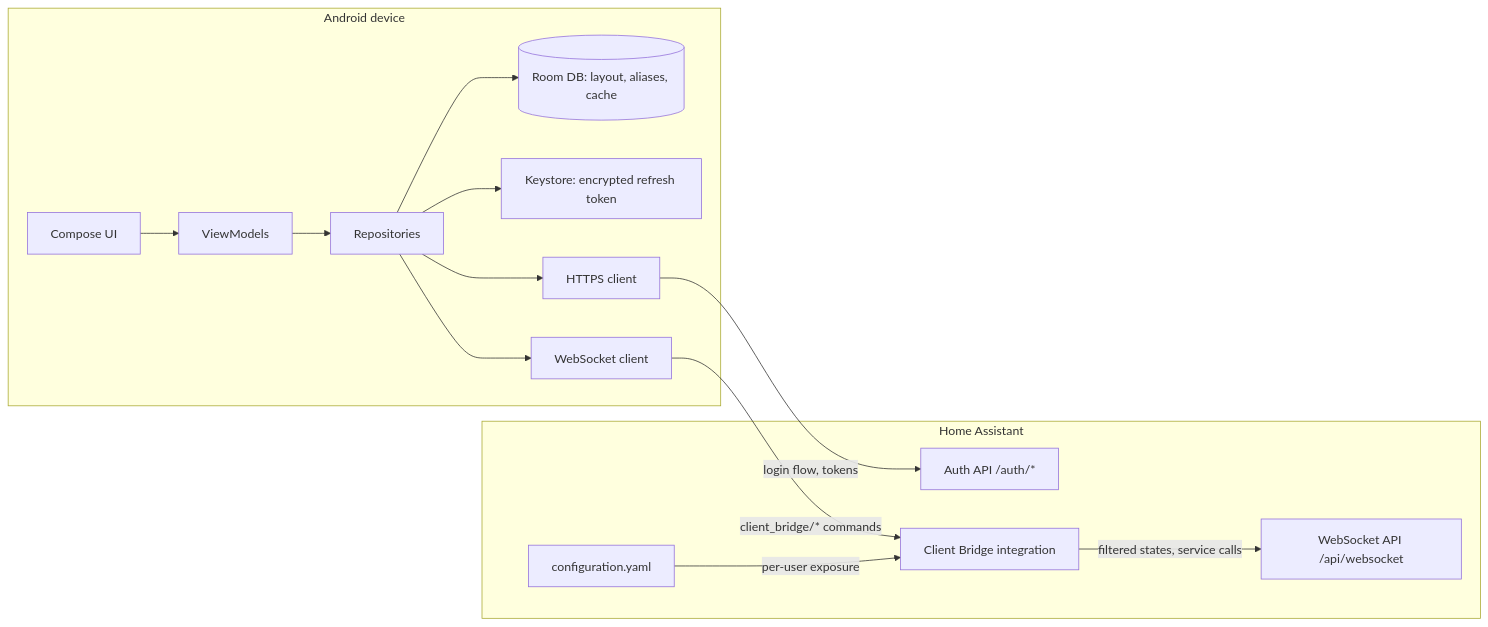
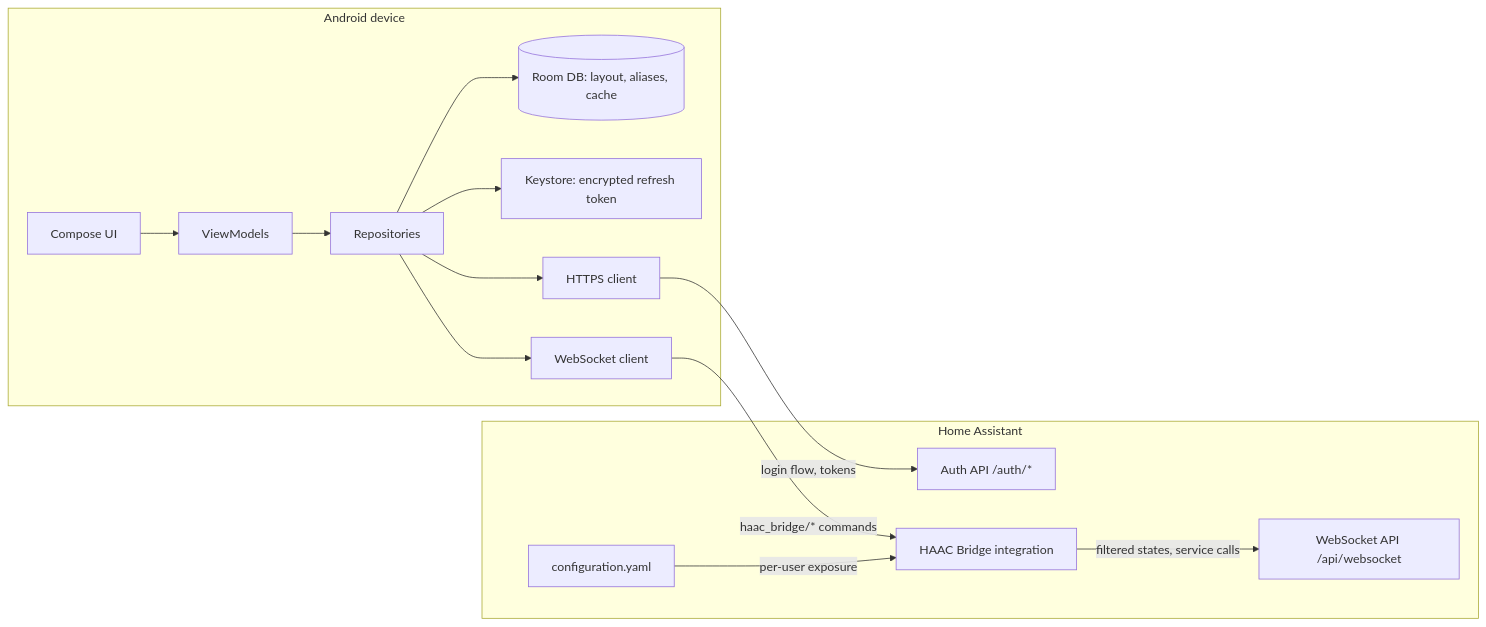
The first of 4 diagrams in docs/concept.md (stacknoise/haac-android), drawn with Mermaid before and after one commit. The commit also changed other lines of this file and 1 other file, not shown here.

First line of the commit message:
docs: rename integration to HAAC Bridge, set HA 2026.9.0 minimum, same-host login redirect

````diff
--- a/docs/concept.md
+++ b/docs/concept.md
@@ -42,21 +42,21 @@
 ```mermaid
 flowchart LR
   subgraph Phone[Android device]
     UI[Compose UI] --> VM[ViewModels]
     VM --> REPO[Repositories]
     REPO --> DB[(Room DB: layout, aliases, cache)]
     REPO --> SEC[Keystore: encrypted refresh token]
     REPO --> WS[WebSocket client]
     REPO --> HTTP[HTTPS client]
   end
   subgraph HA[Home Assistant]
     AUTH[Auth API /auth/*]
     CORE[WebSocket API /api/websocket]
-    BR[Client Bridge integration]
+    BR[HAAC Bridge integration]
     YAML[configuration.yaml]
   end
   HTTP -- login flow, tokens --> AUTH
-  WS -- client_bridge/* commands --> BR
+  WS -- haac_bridge/* commands --> BR
   BR -- filtered states, service calls --> CORE
   YAML -- per-user exposure --> BR
 ```
````
